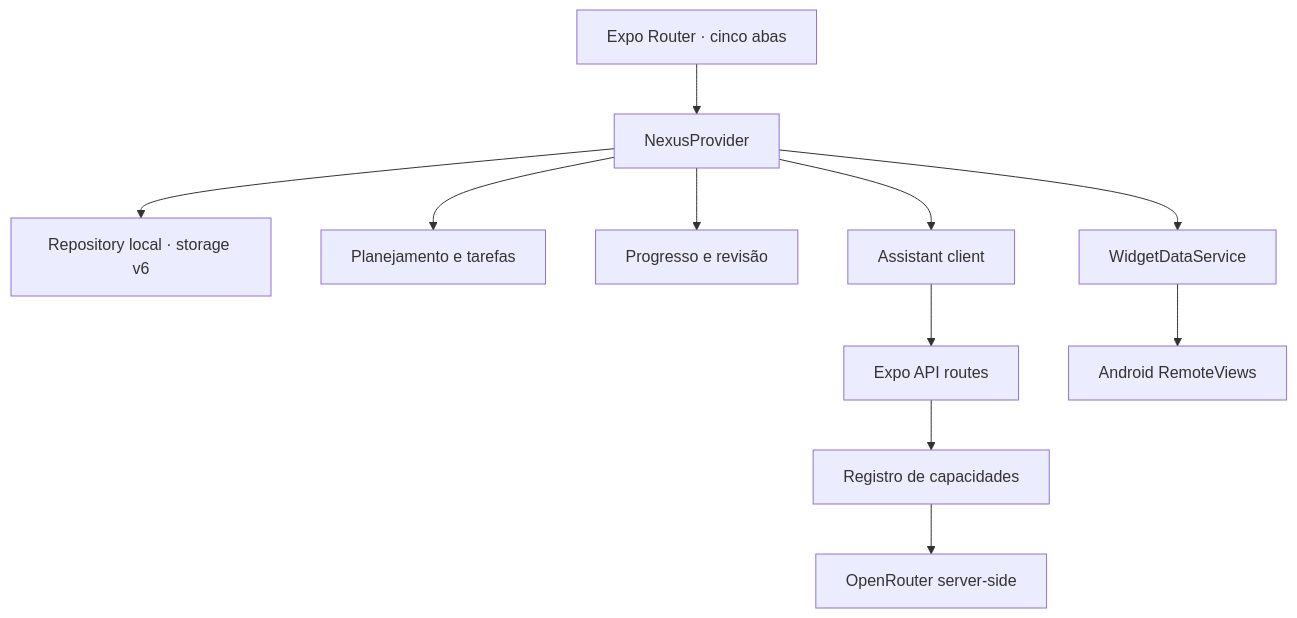
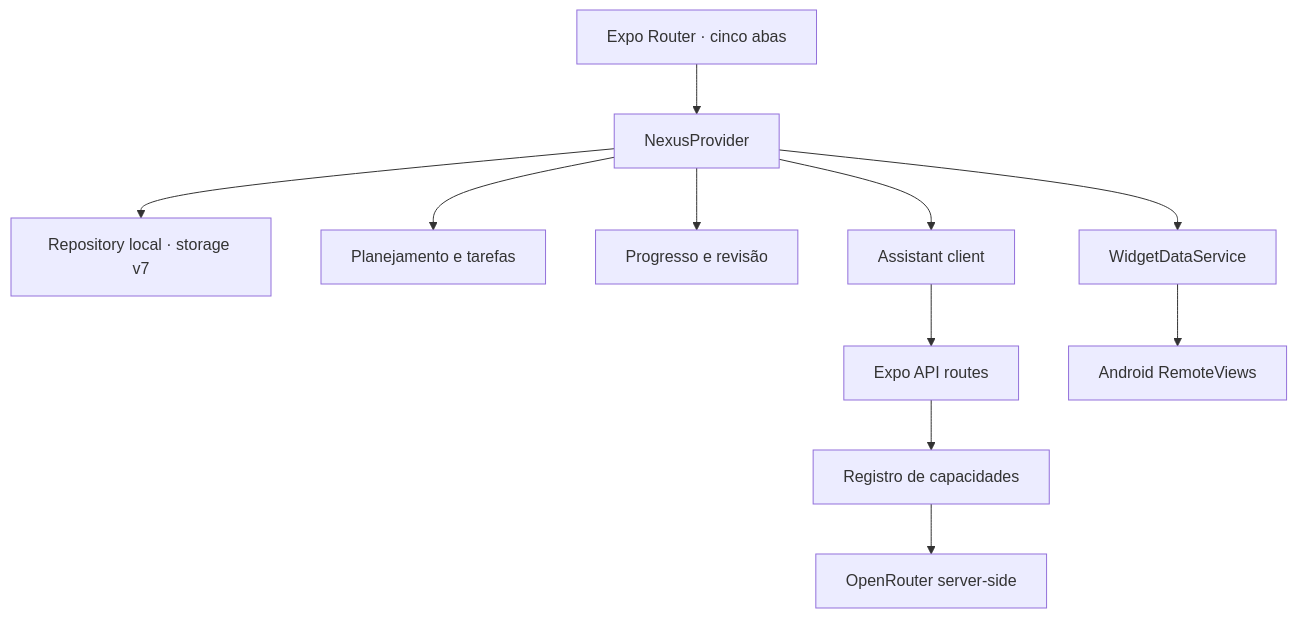
Before and after one commit to Guuh-dev/Nexus-AI-v2: the diagram in docs/ARCHITECTURE.md, drawn with Mermaid. The commit also changed other lines of this file and 15 other files, not shown here.

````diff
--- a/docs/ARCHITECTURE.md
+++ b/docs/ARCHITECTURE.md
@@ -7,13 +7,13 @@
 ```mermaid
 flowchart TD
   UI[Expo Router · cinco abas] --> Provider[NexusProvider]
-  Provider --> Storage[Repository local · storage v6]
+  Provider --> Storage[Repository local · storage v7]
   Provider --> Planning[Planejamento e tarefas]
   Provider --> Review[Progresso e revisão]
   Provider --> Widget[WidgetDataService]
   Provider --> Client[Assistant client]
   Client --> Routes[Expo API routes]
   Routes --> Policy[Registro de capacidades]
   Policy --> OpenRouter[OpenRouter server-side]
   Widget --> Native[Android RemoteViews]
 ```
````
